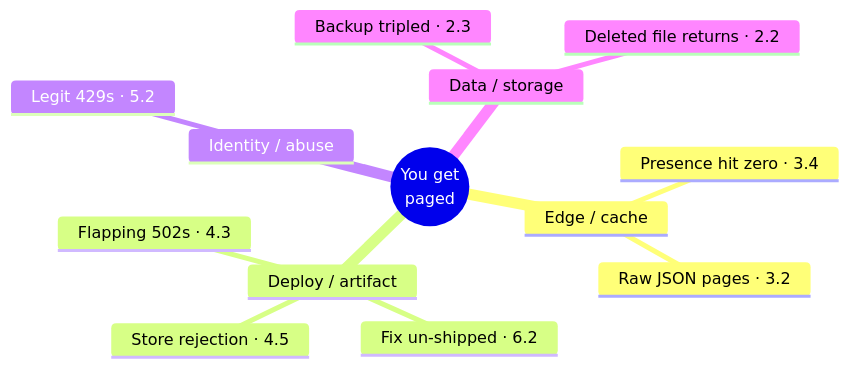
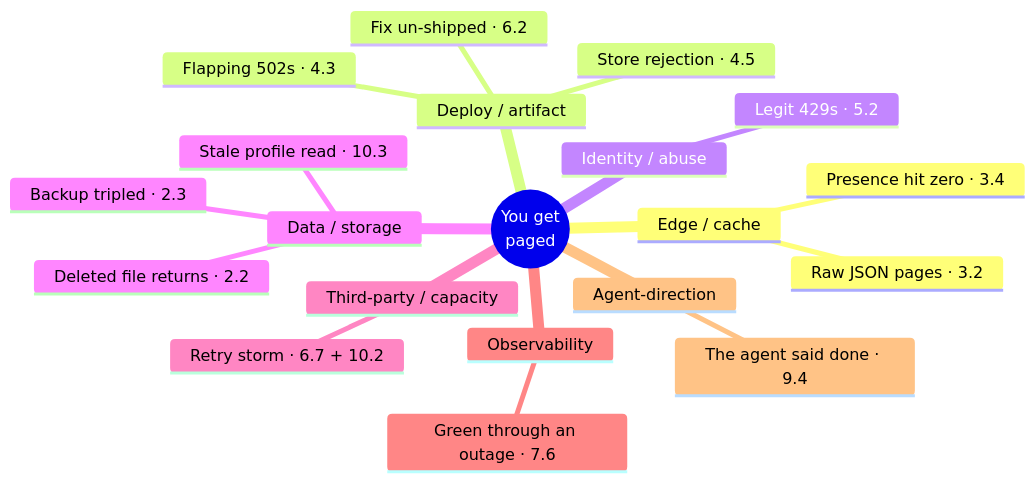
The second of 2 diagrams in modules/12-capstone/module.md (Tamoura/system-design-for-vibe-coders), drawn with Mermaid before and after one commit. The commit also changed other lines of this file and 3 other files, not shown here.

````diff
--- a/modules/12-capstone/module.md
+++ b/modules/12-capstone/module.md
@@ -361,16 +527,23 @@
 ```mermaid
 mindmap
   root(("You get<br/>paged"))
     Edge / cache
       Raw JSON pages · 3.2
       Presence hit zero · 3.4
     Deploy / artifact
       Flapping 502s · 4.3
       Fix un-shipped · 6.2
       Store rejection · 4.5
     Identity / abuse
       Legit 429s · 5.2
     Data / storage
       Backup tripled · 2.3
       Deleted file returns · 2.2
+      Stale profile read · 10.3
+    Third-party / capacity
+      Retry storm · 6.7 + 10.2
+    Observability
+      Green through an outage · 7.6
+    Agent-direction
+      The agent said done · 9.4
 ```
````
